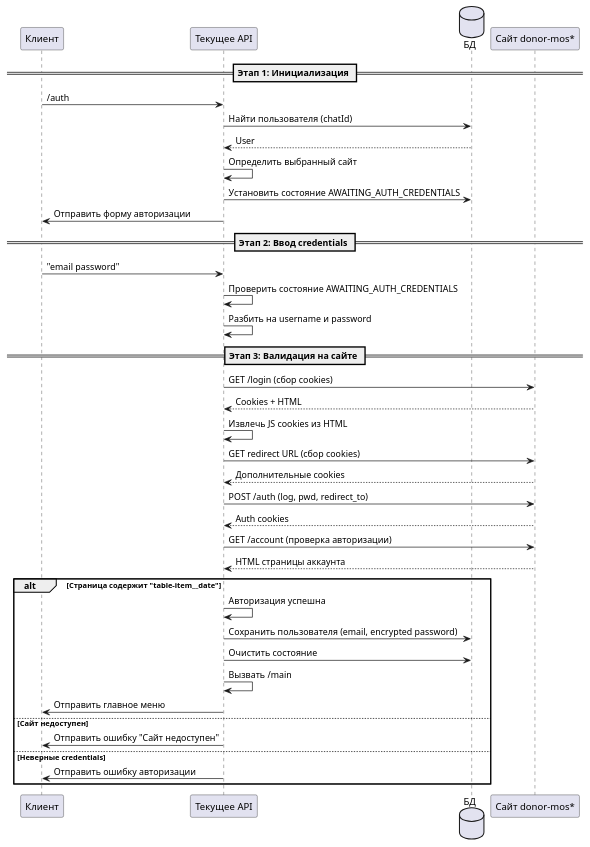
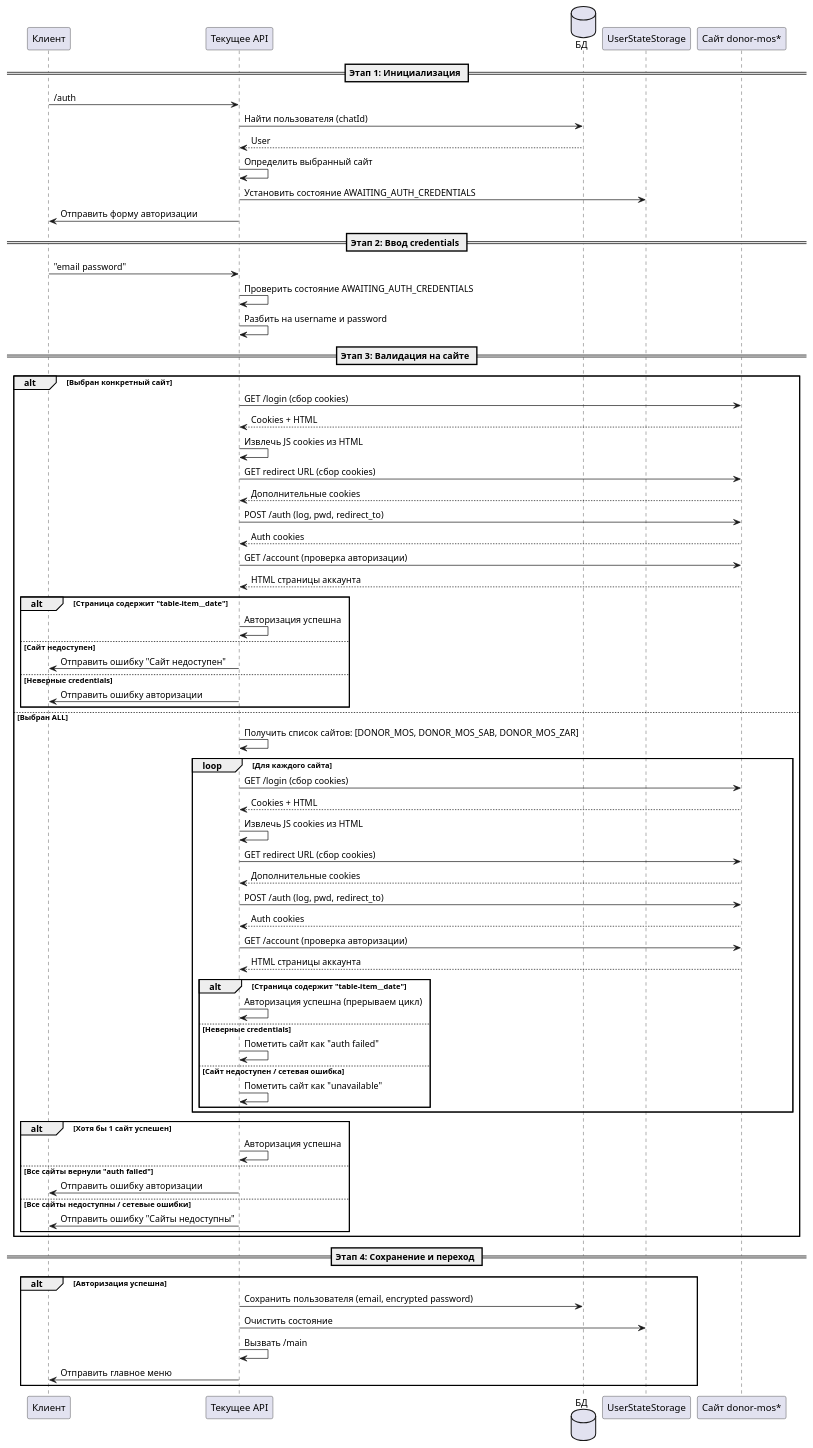
Before and after one commit to Ksan319/blood-spot-bot-api: the diagram in docs/commands/auth.md, drawn with PlantUML. The commit also changed other lines of this file and 4 other files, not shown here.

First line of the commit message:
feat(auth): support ALL sites authentication

````diff
--- a/docs/commands/auth.md
+++ b/docs/commands/auth.md
@@ -7,6 +7,7 @@
 participant "Клиент" as C
 participant "Текущее API" as A
 database "БД" as DB
+participant "UserStateStorage" as UserStateStorage
 participant "Сайт donor-mos*" as S
 
 == Этап 1: Инициализация ==
@@ -15,7 +16,7 @@
 A -> DB: Найти пользователя (chatId)
 DB --> A: User
 A -> A: Определить выбранный сайт
-A -> DB: Установить состояние AWAITING_AUTH_CREDENTIALS
+A -> UserStateStorage: Установить состояние AWAITING_AUTH_CREDENTIALS
 A -> C: Отправить форму авторизации
 
 == Этап 2: Ввод credentials ==
@@ -26,26 +27,62 @@
 
 == Этап 3: Валидация на сайте ==
 
-A -> S: GET /login (сбор cookies)
-S --> A: Cookies + HTML
-A -> A: Извлечь JS cookies из HTML
-A -> S: GET redirect URL (сбор cookies)
-S --> A: Дополнительные cookies
-A -> S: POST /auth (log, pwd, redirect_to)
-S --> A: Auth cookies
-A -> S: GET /account (проверка авторизации)
-S --> A: HTML страницы аккаунта
+alt Выбран конкретный сайт
+    A -> S: GET /login (сбор cookies)
+    S --> A: Cookies + HTML
+    A -> A: Извлечь JS cookies из HTML
+    A -> S: GET redirect URL (сбор cookies)
+    S --> A: Дополнительные cookies
+    A -> S: POST /auth (log, pwd, redirect_to)
+    S --> A: Auth cookies
+    A -> S: GET /account (проверка авторизации)
+    S --> A: HTML страницы аккаунта
+    
+    alt Страница содержит "table-item__date"
+        A -> A: Авторизация успешна
+    else Сайт недоступен
+        A -> C: Отправить ошибку "Сайт недоступен"
+    else Неверные credentials
+        A -> C: Отправить ошибку авторизации
+    end
+else Выбран ALL
+    A -> A: Получить список сайтов: [DONOR_MOS, DONOR_MOS_SAB, DONOR_MOS_ZAR]
+    loop Для каждого сайта
+        A -> S: GET /login (сбор cookies)
+        S --> A: Cookies + HTML
+        A -> A: Извлечь JS cookies из HTML
+        A -> S: GET redirect URL (сбор cookies)
+        S --> A: Дополнительные cookies
+        A -> S: POST /auth (log, pwd, redirect_to)
+        S --> A: Auth cookies
+        A -> S: GET /account (проверка авторизации)
+        S --> A: HTML страницы аккаунта
+        
+        alt Страница содержит "table-item__date"
+            A -> A: Авторизация успешна (прерываем цикл)
+        else Неверные credentials
+            A -> A: Пометить сайт как "auth failed"
+        else Сайт недоступен / сетевая ошибка
+            A -> A: Пометить сайт как "unavailable"
+        end
+    end
+    
+    alt Хотя бы 1 сайт успешен
+        A -> A: Авторизация успешна
+    else Все сайты вернули "auth failed"
+        A -> C: Отправить ошибку авторизации
+    else Все сайты недоступны / сетевые ошибки
+        A -> C: Отправить ошибку "Сайты недоступны"
+    end
+end
 
-alt Страница содержит "table-item__date"
-    A -> A: Авторизация успешна
+== Этап 4: Сохранение и переход ==
+
+alt Авторизация успешна
     A -> DB: Сохранить пользователя (email, encrypted password)
-    A -> DB: Очистить состояние
+    A -> UserStateStorage: Очистить состояние
     A -> A: Вызвать /main
     A -> C: Отправить главное меню
-else Сайт недоступен
-    A -> C: Отправить ошибку "Сайт недоступен"
-else Неверные credentials
-    A -> C: Отправить ошибку авторизации
 end
 @enduml
 ```
````
